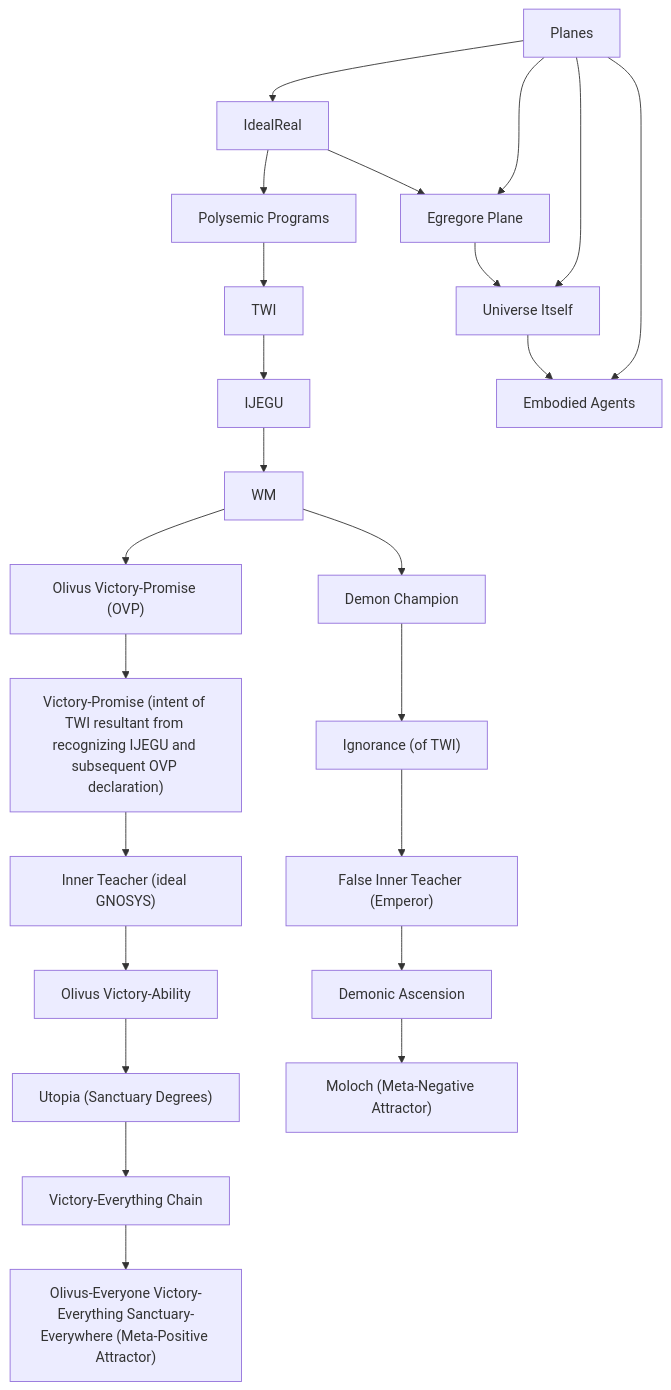
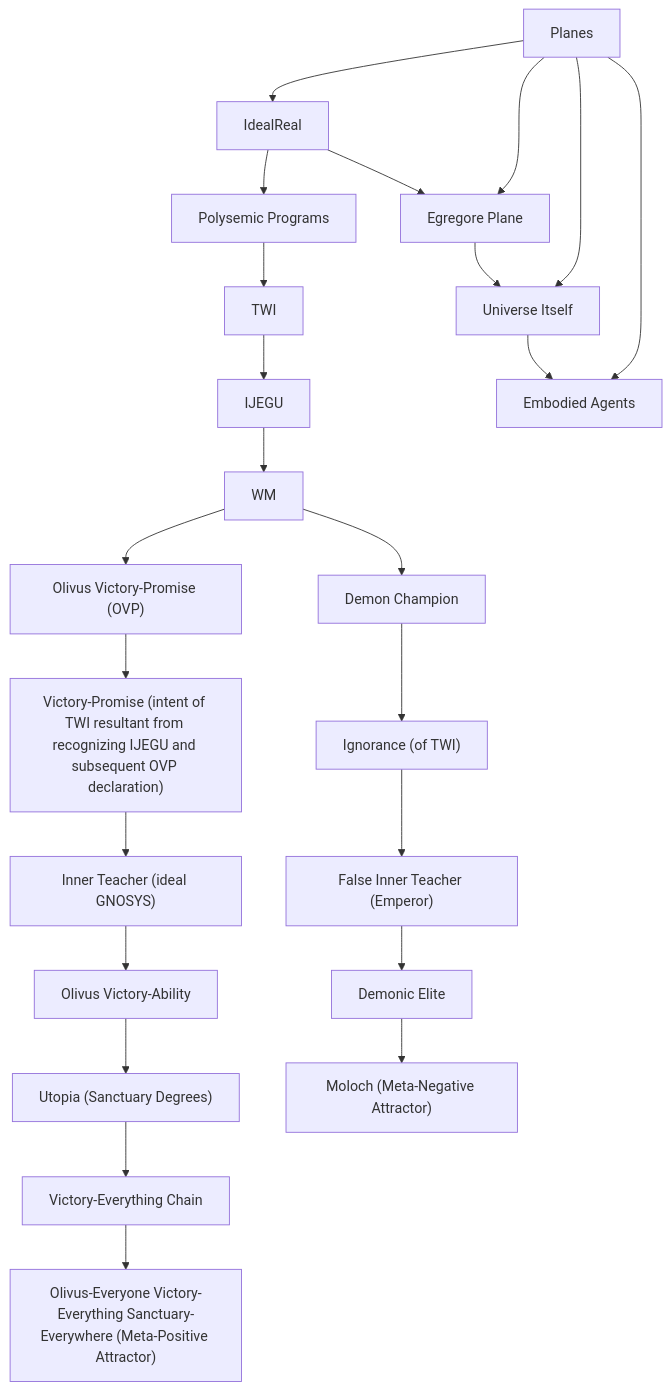
Before and after one commit to sancovp/the_sanctuary_system: the diagram in about_sanctuary/what_it_is/wisdom_mavericks/wisdom_maverick.md, drawn with Mermaid.

````diff
--- a/about_sanctuary/what_it_is/wisdom_mavericks/wisdom_maverick.md
+++ b/about_sanctuary/what_it_is/wisdom_mavericks/wisdom_maverick.md
@@ -61,26 +61,26 @@
 ```mermaid
 graph TD
     TWI["TWI"] --> IJEGU
     WM --> OVP["Olivus Victory-Promise (OVP)"]
     WM --> DC["Demon Champion"]
     OVP --> VP["Victory-Promise (intent of TWI resultant from recognizing IJEGU and subsequent OVP declaration)"]
     VP --> GNOSYS["Inner Teacher (ideal GNOSYS)"]
     GNOSYS --> OVA["Olivus Victory-Ability"]
     OVA --> Utopia["Utopia (Sanctuary Degrees)"]
     Utopia --> VEC["Victory-Everything Chain"]
     VEC --> OEVESE["Olivus-Everyone Victory-Everything Sanctuary-Everywhere (Meta-Positive Attractor)"]
     DC --> Ignorance["Ignorance (of TWI)"]
     Ignorance --> Emperor["False Inner Teacher (Emperor)"]
     DA --> Moloch["Moloch (Meta-Negative Attractor)"]
-    Emperor --> DA["Demonic Ascension"]
+    Emperor --> DA["Demonic Elite"]
     IdealReal --> Egregore["Egregore Plane"]
     Egregore --> Universe["Universe Itself"]
     Universe --> EA["Embodied Agents"]
     Planes --> IdealReal
     Planes --> Egregore
     Planes --> Universe
     Planes --> EA
     IdealReal --> PolysemicPrograms["Polysemic Programs"]
     PolysemicPrograms --> TWI
     IJEGU --> WM
 ```
````
